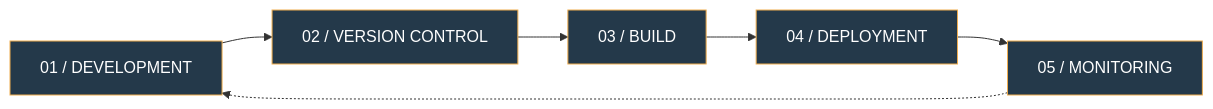
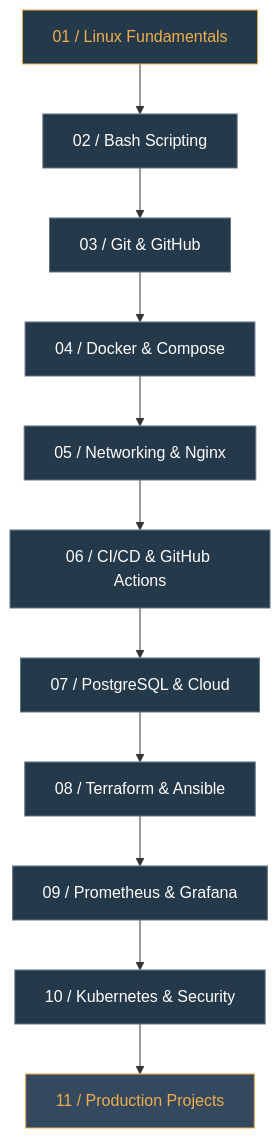
The diagram in README.md (tmrzdmurod/tmrzdmurod), drawn with Mermaid before and after one commit. The commit also changed other lines of this file, not shown here.

````diff
--- a/README.md
+++ b/README.md
@@ -93,14 +113,25 @@
 ```mermaid
-flowchart LR
-    A["01 / DEVELOPMENT"] --> B["02 / VERSION CONTROL"]
-    B --> C["03 / BUILD"]
-    C --> D["04 / DEPLOYMENT"]
-    D --> E["05 / MONITORING"]
-    E -.-> A
+flowchart TD
+    A["01 / Linux Fundamentals"] --> B["02 / Bash Scripting"]
+    B --> C["03 / Git & GitHub"]
+    C --> D["04 / Docker & Compose"]
+    D --> E["05 / Networking & Nginx"]
+    E --> F["06 / CI/CD & GitHub Actions"]
+    F --> G["07 / PostgreSQL & Cloud"]
+    G --> H["08 / Terraform & Ansible"]
+    H --> I["09 / Prometheus & Grafana"]
+    I --> J["10 / Kubernetes & Security"]
+    J --> K["11 / Production Projects"]
 
-    style A fill:#24394A,color:#FFFFFF,stroke:#F0AD4E
-    style B fill:#24394A,color:#FFFFFF,stroke:#F0AD4E
-    style C fill:#24394A,color:#FFFFFF,stroke:#F0AD4E
-    style D fill:#24394A,color:#FFFFFF,stroke:#F0AD4E
-    style E fill:#24394A,color:#FFFFFF,stroke:#F0AD4E
+    style A fill:#24394A,color:#F0AD4E,stroke:#F0AD4E
+    style B fill:#24394A,color:#FFFFFF,stroke:#64748B
+    style C fill:#24394A,color:#FFFFFF,stroke:#64748B
+    style D fill:#24394A,color:#FFFFFF,stroke:#64748B
+    style E fill:#24394A,color:#FFFFFF,stroke:#64748B
+    style F fill:#24394A,color:#FFFFFF,stroke:#64748B
+    style G fill:#24394A,color:#FFFFFF,stroke:#64748B
+    style H fill:#24394A,color:#FFFFFF,stroke:#64748B
+    style I fill:#24394A,color:#FFFFFF,stroke:#64748B
+    style J fill:#24394A,color:#FFFFFF,stroke:#64748B
+    style K fill:#34495E,color:#F0AD4E,stroke:#F0AD4E
 ```
````
